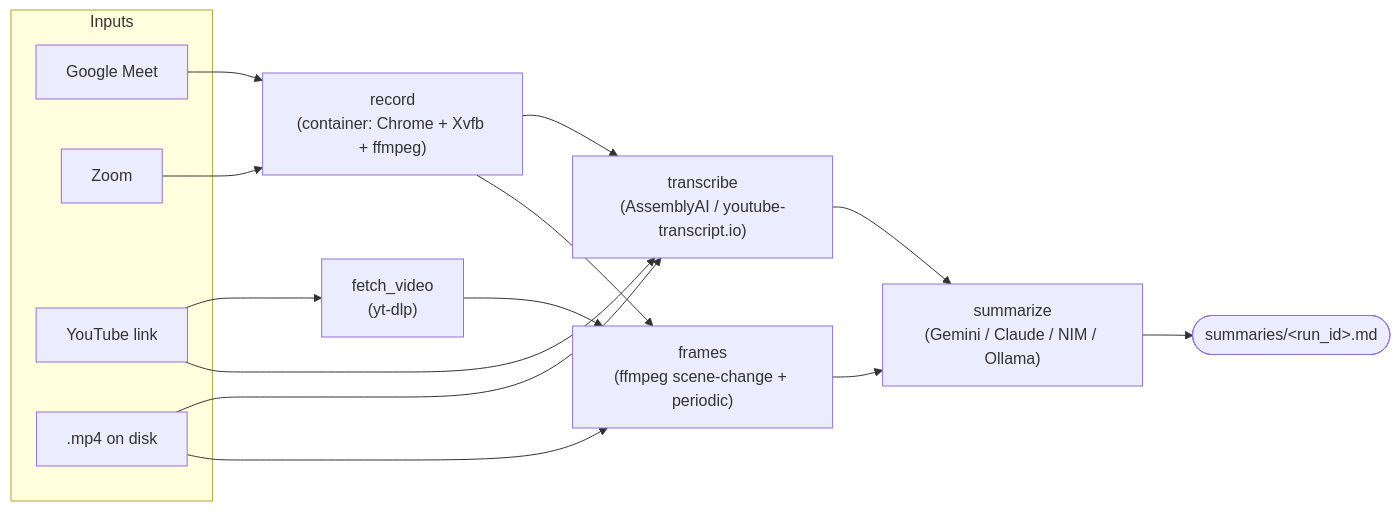
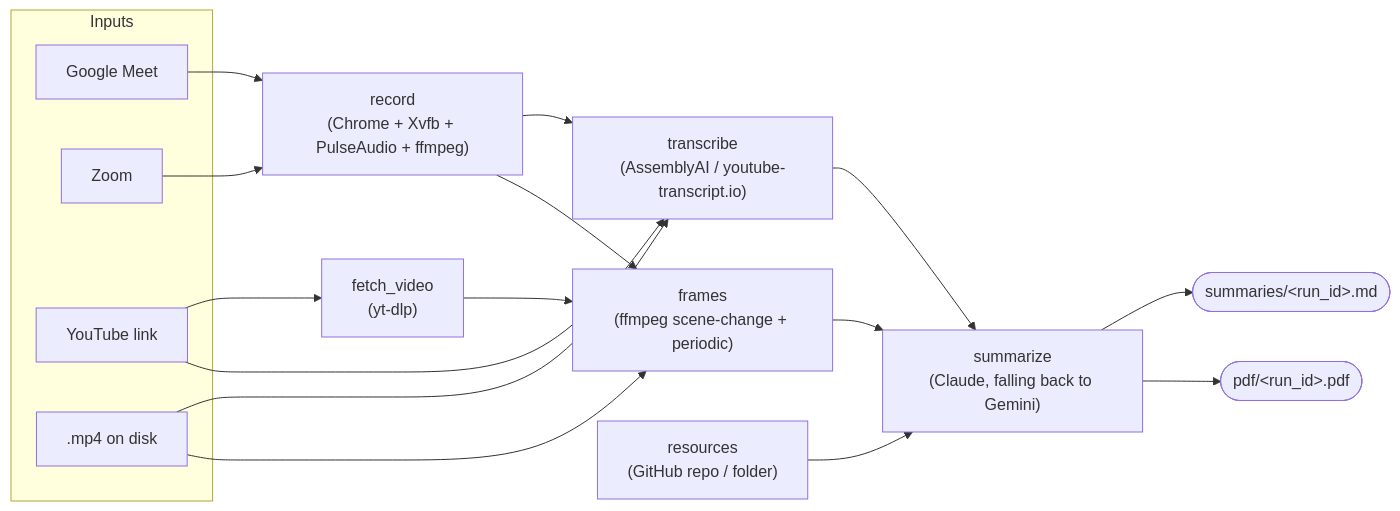
One commit to kkattmos/meeting-transcriber changed the diagram in README.md. Above: the diagram before and after it, drawn with Mermaid. The commit also changed other lines of this file and 38 other files, not shown here.

````diff
--- a/README.md
+++ b/README.md
@@ -35,29 +43,33 @@
 ```mermaid
 flowchart LR
     subgraph Inputs
         GM[Google Meet]
         ZOOM[Zoom]
         YT[YouTube link]
         MP4[".mp4 on disk"]
     end
 
-    REC["record<br/>(container: Chrome + Xvfb + ffmpeg)"]
+    REC["record<br/>(Chrome + Xvfb + PulseAudio + ffmpeg)"]
     FETCH["fetch_video<br/>(yt-dlp)"]
     TR["transcribe<br/>(AssemblyAI / youtube-transcript.io)"]
     FR["frames<br/>(ffmpeg scene-change + periodic)"]
-    SUM["summarize<br/>(Gemini / Claude / NIM / Ollama)"]
-    OUT([summaries/&lt;run_id&gt;.md])
+    RES["resources<br/>(GitHub repo / folder)"]
+    SUM["summarize<br/>(Claude, falling back to Gemini)"]
+    OUTMD([summaries/&lt;run_id&gt;.md])
+    OUTPDF([pdf/&lt;run_id&gt;.pdf])
 
     GM --> REC
     ZOOM --> REC
     REC --> TR
     REC --> FR
     YT --> FETCH
     YT --> TR
     FETCH --> FR
     MP4 --> TR
     MP4 --> FR
     TR --> SUM
     FR --> SUM
-    SUM --> OUT
+    RES --> SUM
+    SUM --> OUTMD
+    SUM --> OUTPDF
 ```
````
